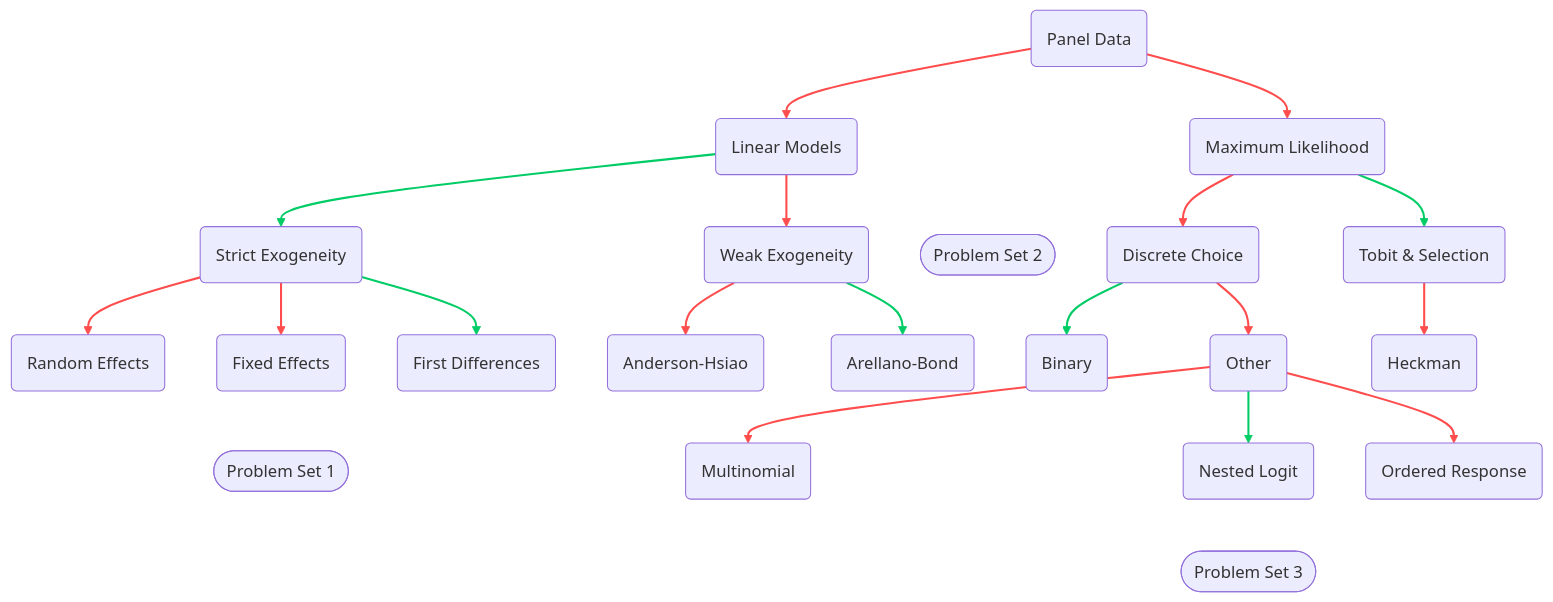
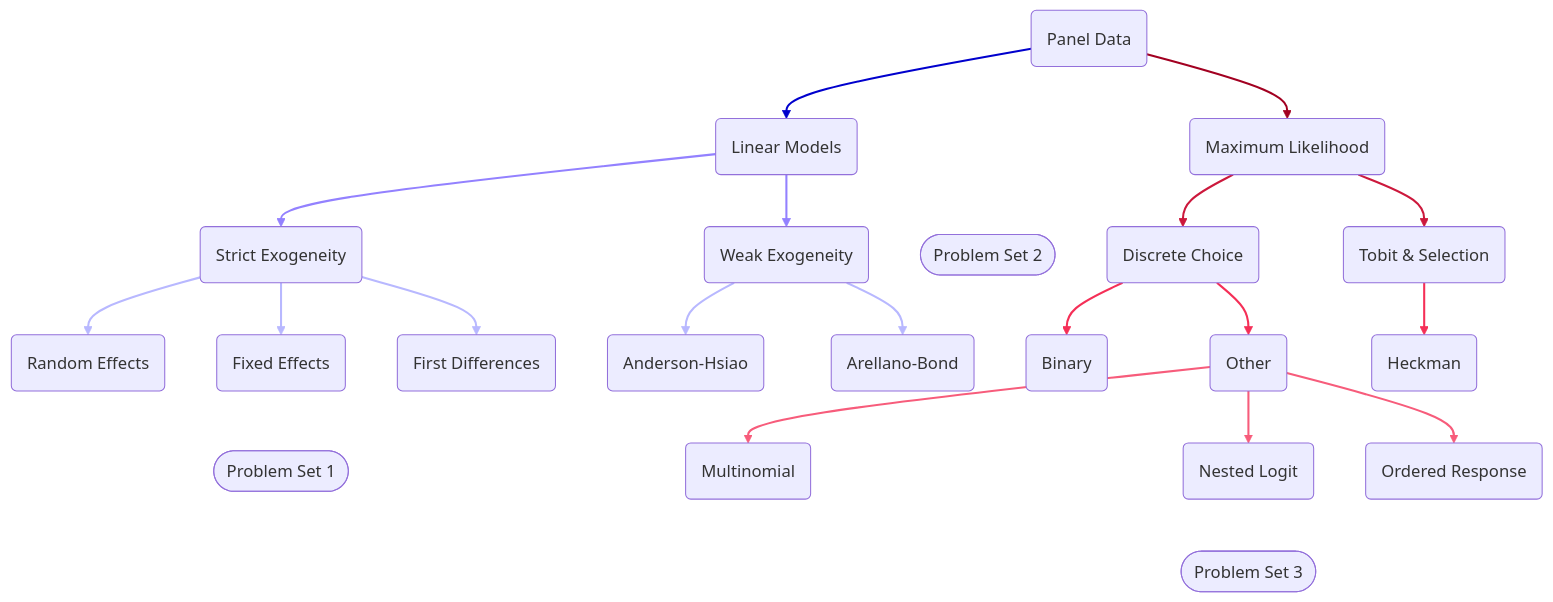
The first of 2 diagrams in index.qmd (mtfehl/econometrics2), drawn with Mermaid before and after one commit. The commit also changed other lines of this file and 16 other files, not shown here.

````diff
--- a/index.qmd
+++ b/index.qmd
@@ -62,81 +62,81 @@
 ```{mermaid}
 %%| fig-width: 10
 flowchart TD
     A(Panel Data) --> B(Linear Models)
     
     B --> D(Strict Exogeneity)
     D --> F(Random Effects)
     D --> G(Fixed Effects)
     D --> H(First Differences)
     
     B --> E(Weak Exogeneity)
     E --> I(Anderson-Hsiao)
     E --> J(Arellano-Bond)
     
     
     A --> C(Maximum Likelihood)
     
     C --> K(Discrete Choice)
     K --> M(Binary)
     
     K --> N(Other)
     N --> O(Multinomial)
     N --> P(Nested Logit)
     N --> Q(Ordered Response)
     
     C --> L(Tobit & Selection)
     L --> R(Heckman)
     
     
     PS1([Problem Set 1])
     PS2([Problem Set 2])
     PS3([Problem Set 3])
 
     %% Invisible link to nudge P near C/D without drawing a line
     G ~~~ PS1
     B ~~~ PS2
     P ~~~ PS3
 
     click D "Notes/01pooled_ols/pols.html" "Go to Pooled OLS Notes"
     click F "Notes/02random_effects/re.html" "Go to Random Effects Notes"
     click G "Notes/03fixed_effects/fe.html" "Go to Fixed Effects Notes"
     click H "Notes/04first_diff/fd.html" "Go to First Differences Notes"
     click E "Notes/05gmm/gmm.html" "Go to GMM Notes"
     click I "Notes/06anderson/ahsiao.html" "Go to Anderson-Hsiao Notes"
     click J "Notes/06arellano/abond.html" "Go to Arellano-Bond Notes"
     click C "Notes/07mle/mle.html" "Go to MLE Notes"
     click M "Notes/08binary_choice/logit_probit.html" "Go to Binary Choice Notes"
     click O "Notes/09multinomial/multinomial.html" "Go to Multinomial Choice Notes"
     click P "Notes/10nested_logit/nested.html" "Go to Nested Logit Notes"
     click Q "Notes/11ordered_response/ordered_response.html" "Go to Ordered Response Notes"
     click L "Notes/12censored_truncated/tobit.html" "Go to Tobit Notes"
     click R "Notes/13heckman/heckman.html" "Go to Heckman Notes"
     
     click PS1 "Problem_Sets/PS01/ps01.html" "Go to Problem Set 1"
     click PS2 "Problem_Sets/PS02/ps02.html" "Go to Problem Set 2"
     click PS3 "Problem_Sets/PS03/ps03.html" "Go to Problem Set 3"
 
 
     %% Classes
     class A,B,C,D,E,F,G,H,I,J,K,L,M,N,O,P,Q,R nav-node
     class PS1,PS2,PS3 project-node
 
     %% STYLE THE LINES
-    linkStyle 0 stroke:#ff4d4d,stroke-width:2px;
-    linkStyle 1 stroke:#00cc66,stroke-width:2px;
-    linkStyle 2 stroke:#ff4d4d,stroke-width:2px;
-    linkStyle 3 stroke:#ff4d4d,stroke-width:2px;
-    linkStyle 4 stroke:#00cc66,stroke-width:2px;
-    linkStyle 5 stroke:#ff4d4d,stroke-width:2px;
-    linkStyle 6 stroke:#ff4d4d,stroke-width:2px;
-    linkStyle 7 stroke:#00cc66,stroke-width:2px;
-    linkStyle 8 stroke:#ff4d4d,stroke-width:2px;
-    linkStyle 9 stroke:#ff4d4d,stroke-width:2px;
-    linkStyle 10 stroke:#00cc66,stroke-width:2px;
-    linkStyle 11 stroke:#ff4d4d,stroke-width:2px;
-    linkStyle 12 stroke:#ff4d4d,stroke-width:2px;
-    linkStyle 13 stroke:#00cc66,stroke-width:2px;
-    linkStyle 14 stroke:#ff4d4d,stroke-width:2px;
-    linkStyle 15 stroke:#00cc66,stroke-width:2px;
-    linkStyle 16 stroke:#ff4d4d,stroke-width:2px;
+    linkStyle 0 stroke:#0000cd,stroke-width:2px;
+    linkStyle 1 stroke:#9381FF,stroke-width:2px;
+    linkStyle 2 stroke:#B8B8FF,stroke-width:2px;
+    linkStyle 3 stroke:#B8B8FF,stroke-width:2px;
+    linkStyle 4 stroke:#B8B8FF,stroke-width:2px;
+    linkStyle 5 stroke:#9381FF,stroke-width:2px;
+    linkStyle 6 stroke:#B8B8FF,stroke-width:2px;
+    linkStyle 7 stroke:#B8B8FF,stroke-width:2px;
+    linkStyle 8 stroke:#A20021,stroke-width:2px;
+    linkStyle 9 stroke:#CC183C,stroke-width:2px;
+    linkStyle 10 stroke:#F52F57,stroke-width:2px;
+    linkStyle 11 stroke:#F52F57,stroke-width:2px;
+    linkStyle 12 stroke:#F75C7B,stroke-width:2px;
+    linkStyle 13 stroke:#F75C7B,stroke-width:2px;
+    linkStyle 14 stroke:#F75C7B,stroke-width:2px;
+    linkStyle 15 stroke:#CC183C,stroke-width:2px;
+    linkStyle 16 stroke:#F52F57,stroke-width:2px;
 ```
````
